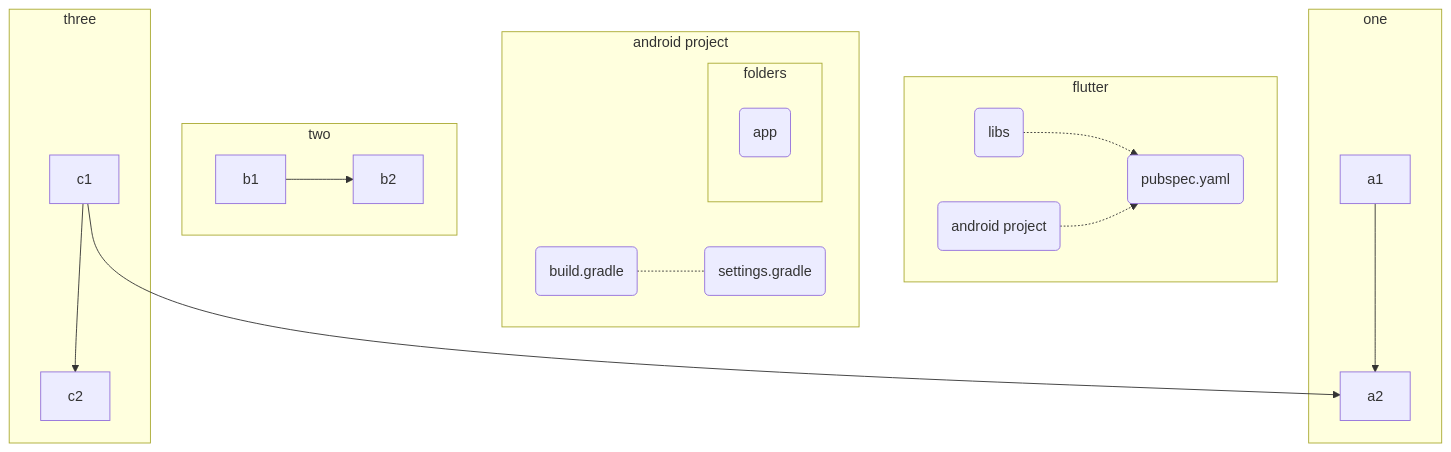
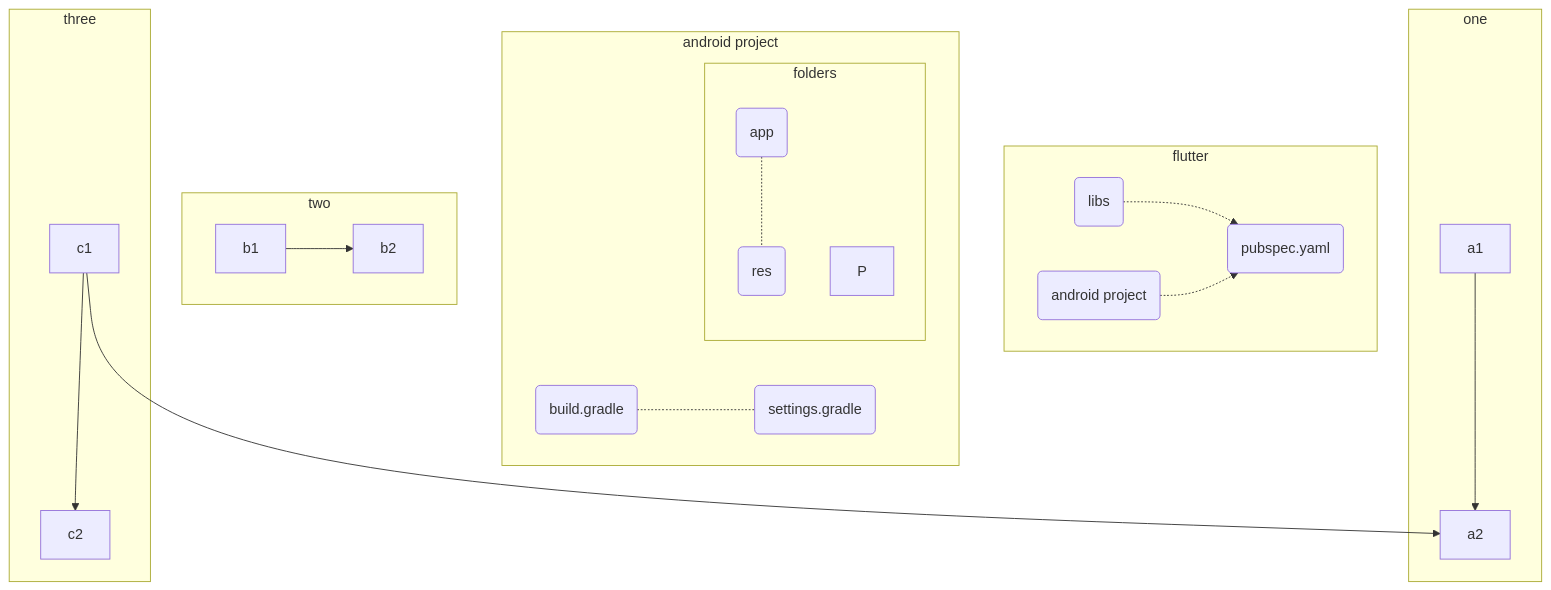
Before and after one commit to gordianknotC/nxp_note: the second of 2 diagrams in flutter/addAndroidProjIntoFlutter.md, drawn with Mermaid. The commit also changed other lines of this file, not shown here.

````diff
--- a/flutter/addAndroidProjIntoFlutter.md
+++ b/flutter/addAndroidProjIntoFlutter.md
@@ -225,25 +225,26 @@
 ```mermaid
 graph TB
 	subgraph flutter
 		FL(libs) -.-> FP(pubspec.yaml)
 		FA(android project) -.-> FP
 	end
 	subgraph android project
 		AB(build.gradle) -.- AS(settings.gradle)
 		
 		subgraph folders
-			PA(app)
+			PA(app) -.- PR(res)
+			P
 		end
 		
 	end
 	c1-->a2
     subgraph one
     a1-->a2
     end
     subgraph two
     b1-->b2
     end
     subgraph three
     c1-->c2
     end
 ```
````
